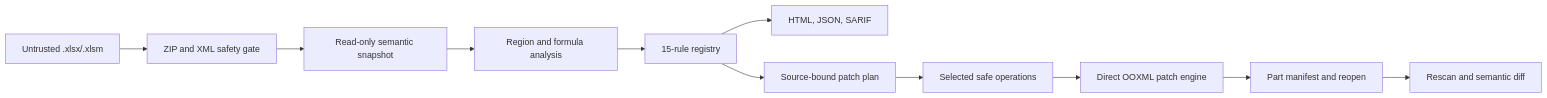
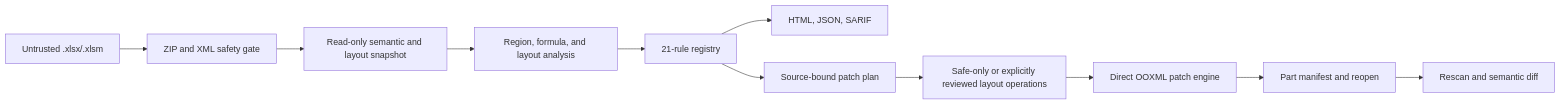
One commit to chenweixin123/workbooklens changed the diagram in docs/architecture.md. Above: the diagram before and after it, drawn with Mermaid. The commit also changed other lines of this file and 47 other files, not shown here.

````diff
--- a/docs/architecture.md
+++ b/docs/architecture.md
@@ -10,13 +10,13 @@
 ```mermaid
 flowchart LR
     A["Untrusted .xlsx/.xlsm"] --> B["ZIP and XML safety gate"]
-    B --> C["Read-only semantic snapshot"]
-    C --> D["Region and formula analysis"]
-    D --> E["15-rule registry"]
+    B --> C["Read-only semantic and layout snapshot"]
+    C --> D["Region, formula, and layout analysis"]
+    D --> E["21-rule registry"]
     E --> F["HTML, JSON, SARIF"]
     E --> G["Source-bound patch plan"]
-    G --> H["Selected safe operations"]
+    G --> H["Safe-only or explicitly reviewed layout operations"]
     H --> I["Direct OOXML patch engine"]
     I --> J["Part manifest and reopen"]
     J --> K["Rescan and semantic diff"]
 ```
````
